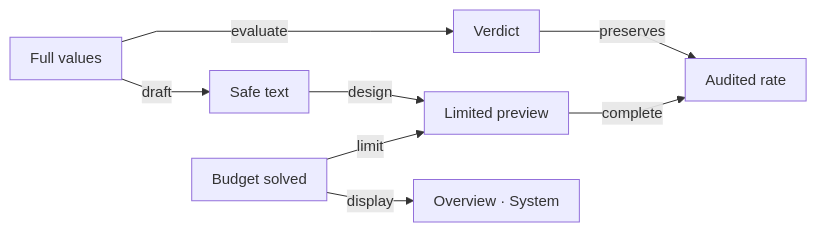
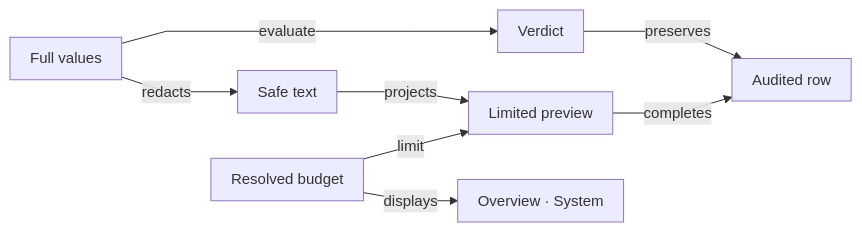
Before and after one commit to crististefanita/atf_j0: diagram 13 of 18 in atf-reporting/README.md, drawn with Mermaid. The commit also changed other lines of this file and 13 other files, not shown here.

````diff
--- a/atf-reporting/README.md
+++ b/atf-reporting/README.md
@@ -1503,11 +1383,11 @@
 ```mermaid
 %%{init: {"themeVariables":{"fontSize":"15px"},"themeCSS":".nodeLabel, .nodeLabel p { font-size: 15px !important; line-height: 1.35 !important; } .edgeLabel, .edgeLabel p { font-size: 12px !important; font-weight: 400 !important; line-height: 1.2 !important; } .edgeLabel .labelBkg, .edgeLabel p { background: transparent !important; } .edgeLabel foreignObject { transform: translateY(-18px); overflow: visible; } .node rect { rx: 6px; ry: 6px; }","flowchart":{"curve":"linear","nodeSpacing":24,"rankSpacing":40,"padding":10,"diagramPadding":16}}}%%
 flowchart LR
     Raw[Full values] -->|evaluate| Verdict[Verdict]
-    Raw -->|draft| Safe[Safe text]
-    Safe -->|design| Preview[Limited preview]
-    Budget[Budget solved] -->|limit| Preview
-    Budget -->|display| System[Overview · System]
-    Verdict -->|preserves| Row[Audited rate]
-    Preview -->|complete| Row
+    Raw -->|redacts| Safe[Safe text]
+    Safe -->|projects| Preview[Limited preview]
+    Budget[Resolved budget] -->|limit| Preview
+    Budget -->|displays| System[Overview · System]
+    Verdict -->|preserves| Row[Audited row]
+    Preview -->|completes| Row
 ```
````
